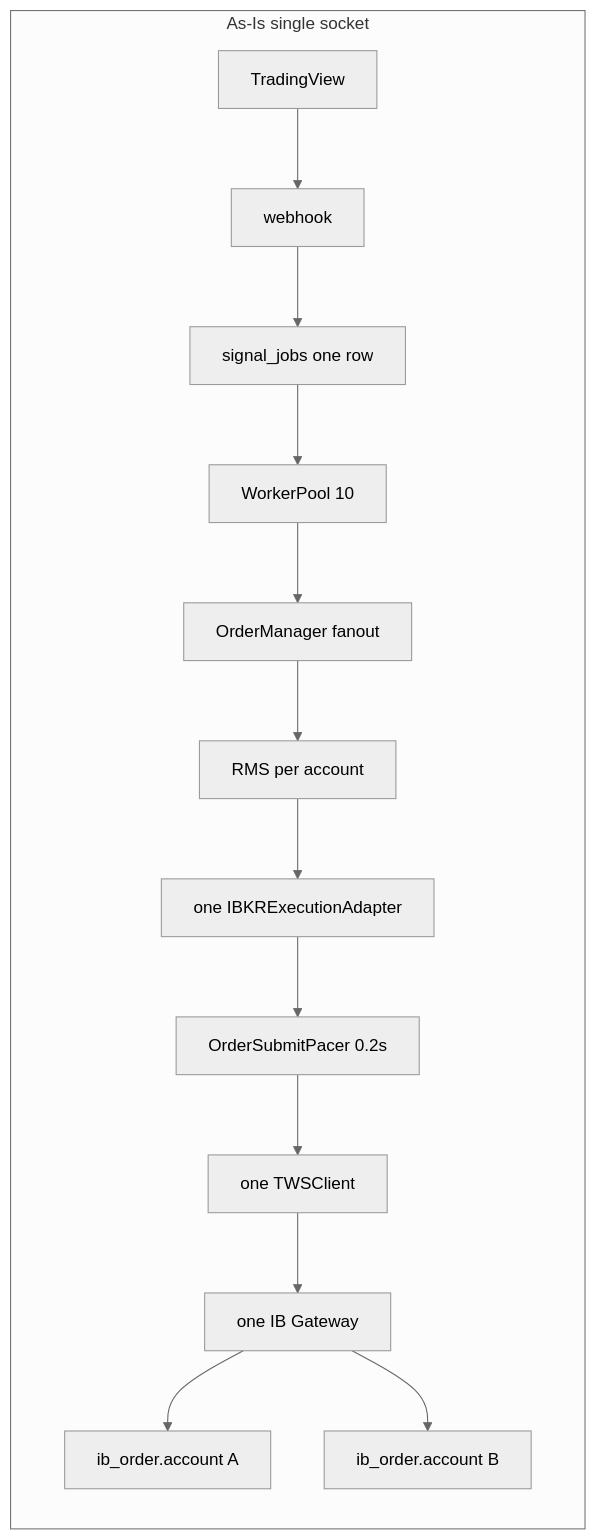
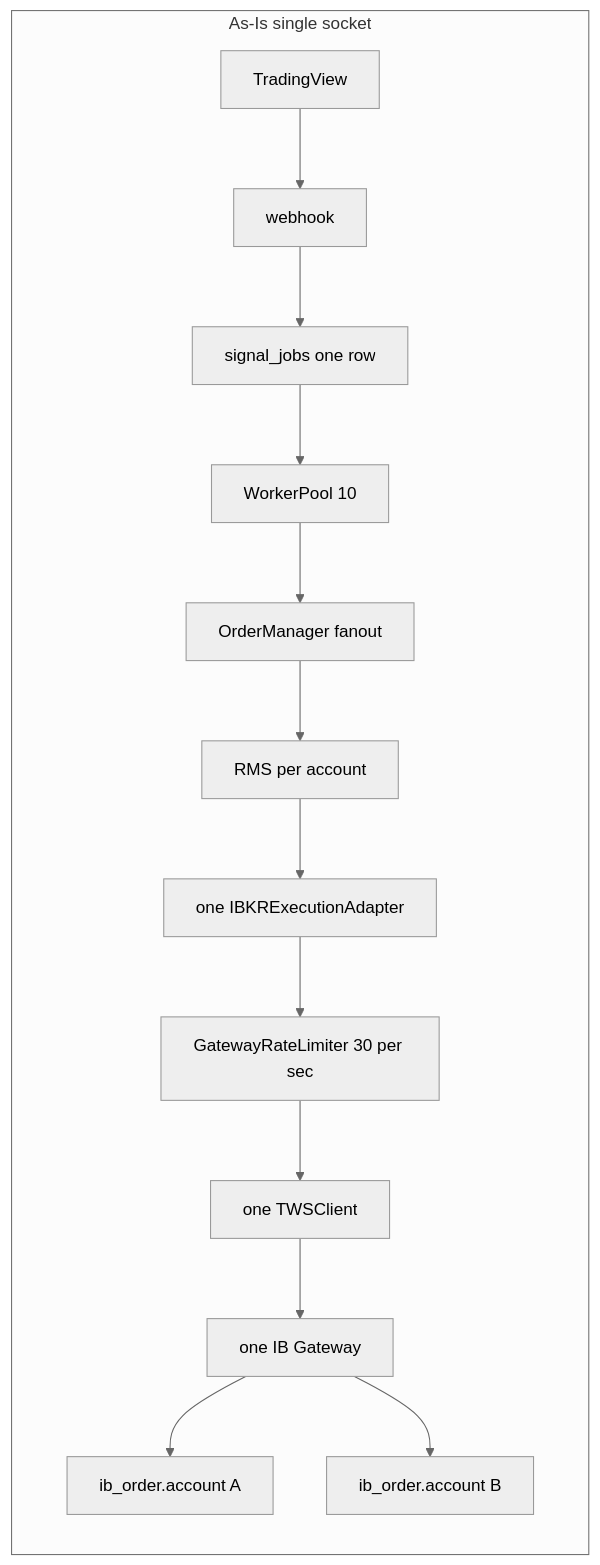
Before and after one commit to sahilsinghs15/ibkr-paper-trading-system: the first of 3 diagrams in docs/backend-multi-gateway.md, drawn with Mermaid (neutral theme). The commit also changed other lines of this file and 52 other files, not shown here.

````diff
--- a/docs/backend-multi-gateway.md
+++ b/docs/backend-multi-gateway.md
@@ -250,16 +251,16 @@
 ```mermaid
 flowchart LR
   subgraph asIs [As-Is single socket]
     TV1[TradingView] --> WH1[webhook]
     WH1 --> SJ1[signal_jobs one row]
     SJ1 --> WP1[WorkerPool 10]
     WP1 --> OM1[OrderManager fanout]
     OM1 --> RMS1[RMS per account]
     RMS1 --> ADA1[one IBKRExecutionAdapter]
-    ADA1 --> PAC1[OrderSubmitPacer 0.2s]
+    ADA1 --> PAC1[GatewayRateLimiter 30 per sec]
     PAC1 --> TWS1[one TWSClient]
     TWS1 --> GW1[one IB Gateway]
     GW1 --> ACCA[ib_order.account A]
     GW1 --> ACCB[ib_order.account B]
   end
 ```
````
